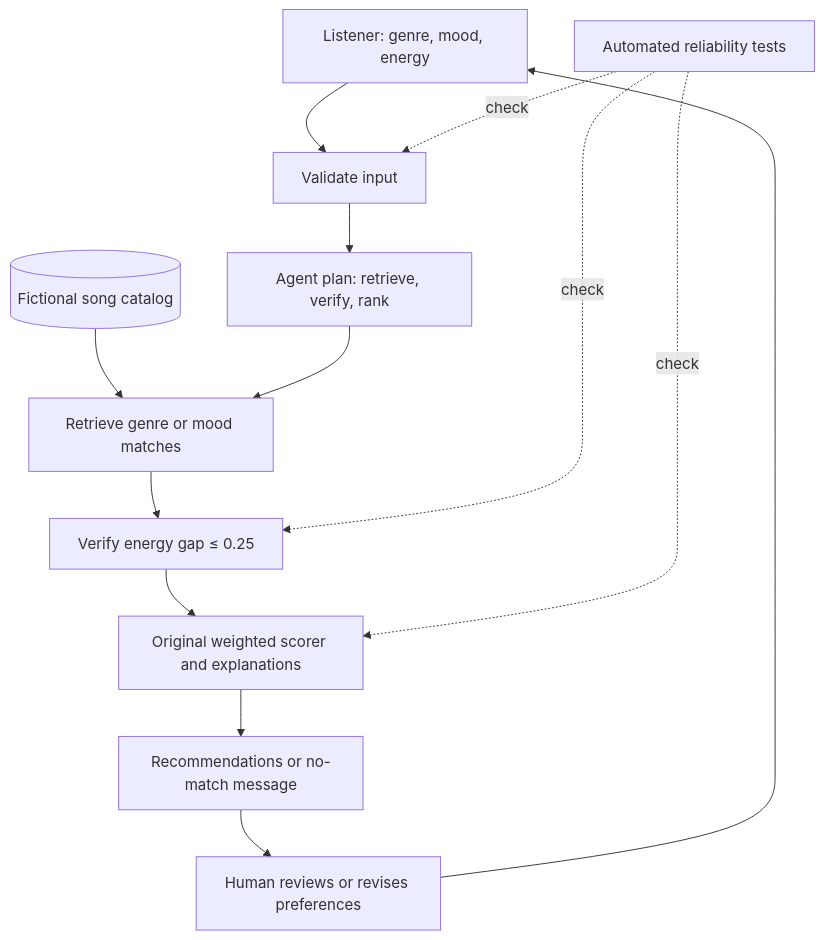
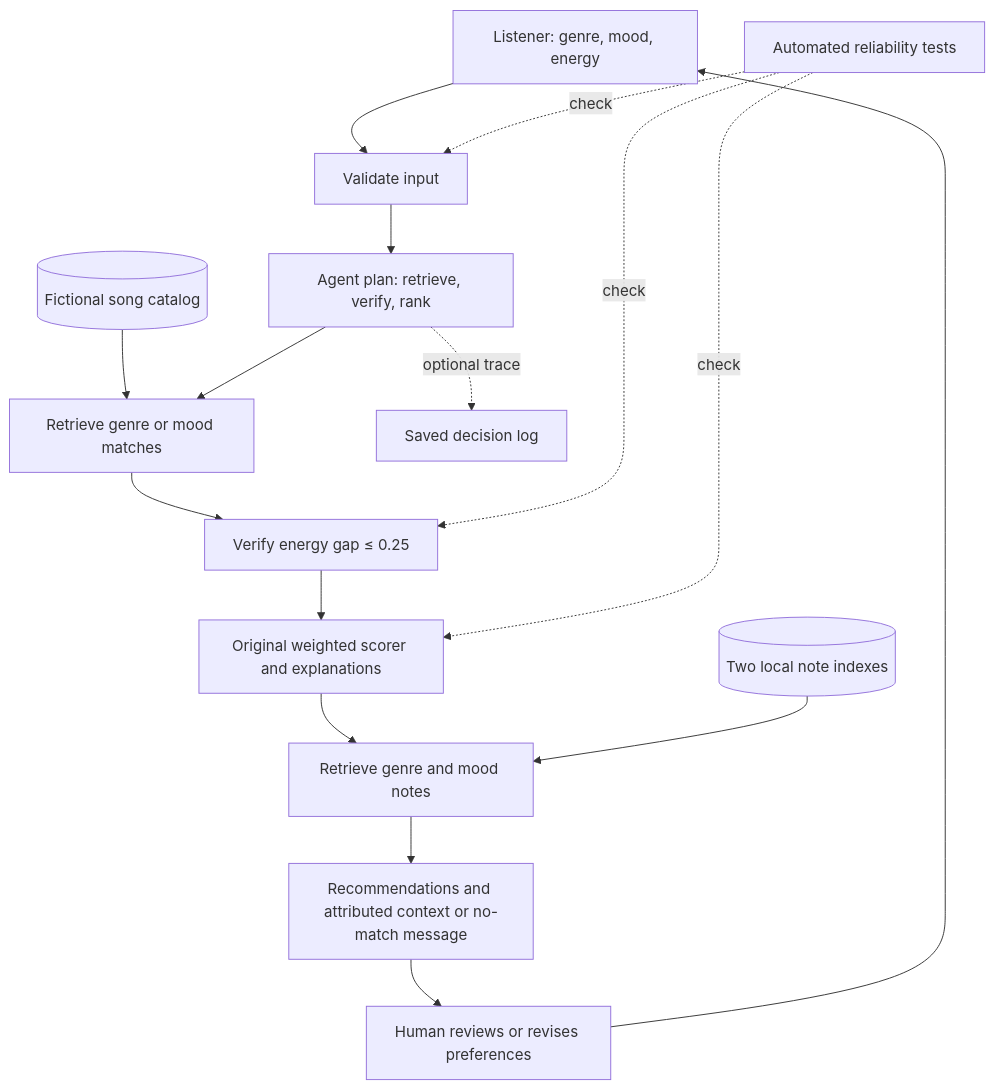
One commit to Amos-Isaya/vibematch-applied-ai changed the diagram in diagrams/architecture.mmd. Above: the diagram before and after it, drawn with Mermaid. The commit also changed 7 other files, not shown here.

Commit message:
Add attributed context and workflow trace

```diff
--- a/diagrams/architecture.mmd
+++ b/diagrams/architecture.mmd
@@ -1,13 +1,16 @@
 flowchart TD
     U[Listener: genre, mood, energy] --> V[Validate input]
     V --> P[Agent plan: retrieve, verify, rank]
     C[(Fictional song catalog)] --> R[Retrieve genre or mood matches]
     P --> R
     R --> G[Verify energy gap ≤ 0.25]
     G --> S[Original weighted scorer and explanations]
-    S --> O[Recommendations or no-match message]
+    S --> X[Retrieve genre and mood notes]
+    K[(Two local note indexes)] --> X
+    X --> O[Recommendations and attributed context or no-match message]
+    P -. optional trace .-> L[Saved decision log]
     O --> H[Human reviews or revises preferences]
     H --> U
     T[Automated reliability tests] -. check .-> V
     T -. check .-> G
     T -. check .-> S
```
